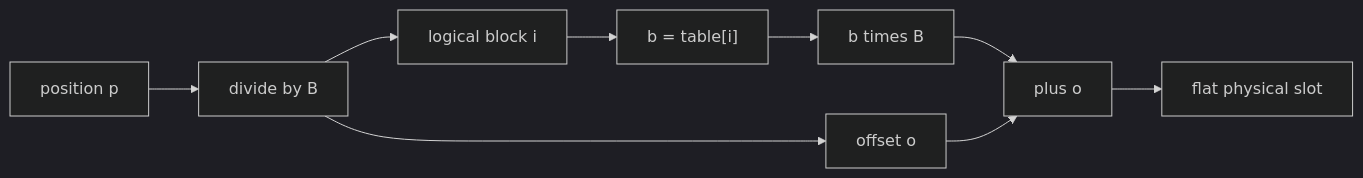
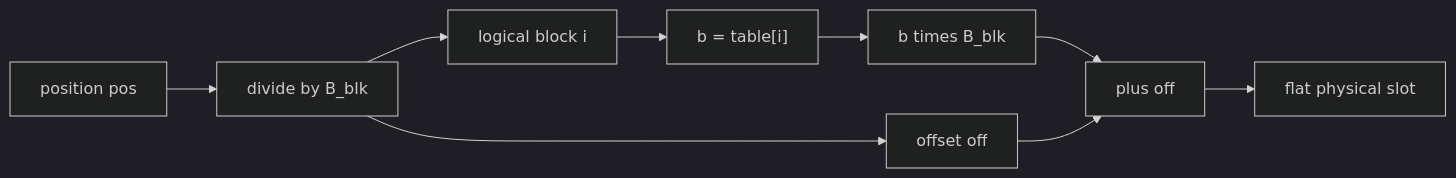
One commit to cluster1900/vllm_reader changed the sixth of 44 diagrams in book/06-paged-attention/README.md. Above: the diagram before and after it, drawn with Mermaid (dark theme). The commit also changed other lines of this file, not shown here.

````diff
--- a/book/06-paged-attention/README.md
+++ b/book/06-paged-attention/README.md
@@ -259,11 +281,11 @@
 ```mermaid
 flowchart LR
-    P["position p"] --> D["divide by B"]
+    P["position pos"] --> D["divide by B_blk"]
     D --> I["logical block i"]
-    D --> O["offset o"]
+    D --> O["offset off"]
     I --> T["b = table[i]"]
-    T --> MUL["b times B"]
-    MUL --> ADD["plus o"]
+    T --> MUL["b times B_blk"]
+    MUL --> ADD["plus off"]
     O --> ADD
     ADD --> SLOT["flat physical slot"]
 ```
````
